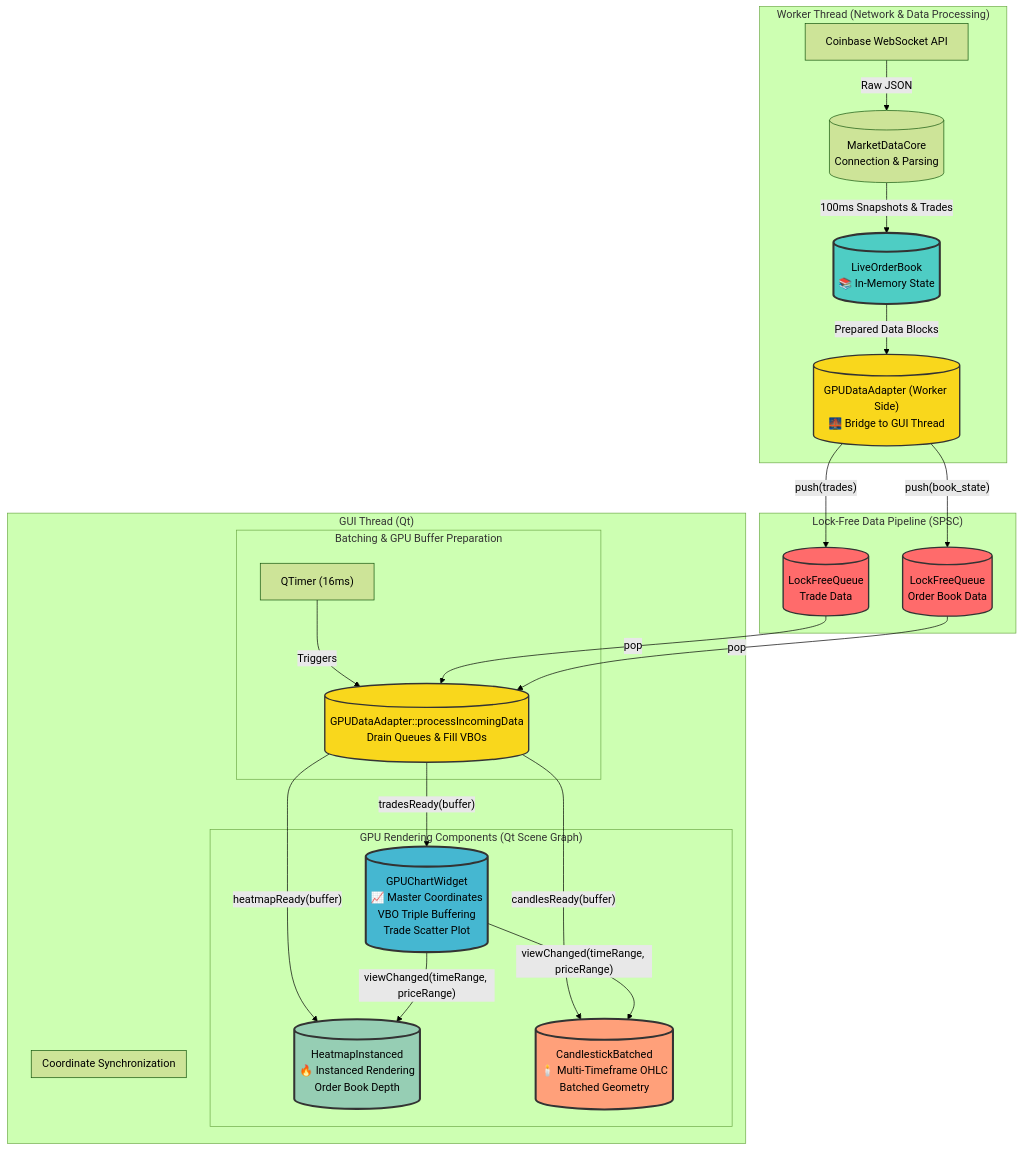
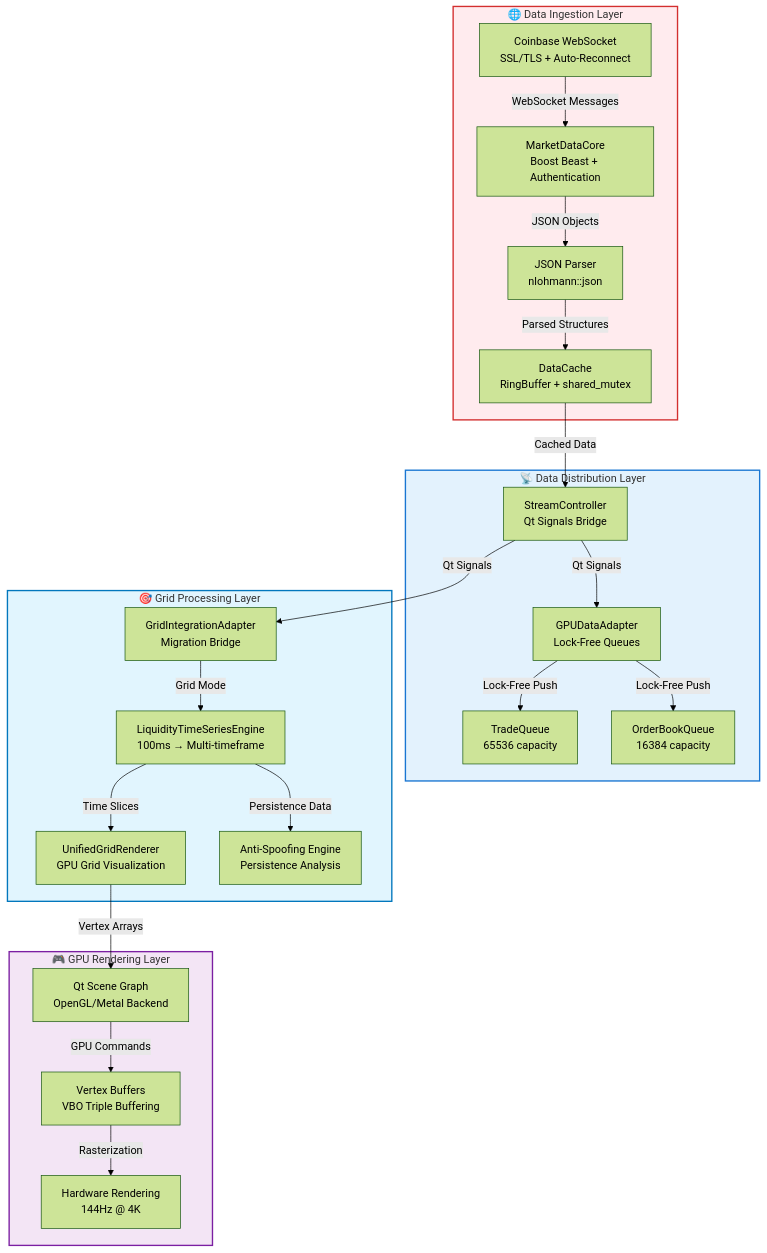
The diagram in docs/02_ARCHITECTURE.md (pattty847/Sentinel), drawn with Mermaid (forest theme) before and after one commit. The commit also changed other lines of this file and 74 other files, not shown here.

````diff
--- a/docs/02_ARCHITECTURE.md
+++ b/docs/02_ARCHITECTURE.md
@@ -46,45 +52,49 @@
 ```mermaid
 graph TD
-    subgraph "Worker Thread (Network & Data Processing)"
-        WS["Coinbase WebSocket API"] -->|Raw JSON| CORE[("MarketDataCore<br>Connection & Parsing")];
-        CORE -- "100ms Snapshots & Trades" --> LOB[("LiveOrderBook<br>📚 In-Memory State")];
-        LOB -- "Prepared Data Blocks" --> ADAPTER_WORKER[("GPUDataAdapter (Worker Side)<br>🌉 Bridge to GUI Thread")];
+    subgraph INGESTION["🌐 Data Ingestion Layer"]
+        A[Coinbase WebSocket<br/>SSL/TLS + Auto-Reconnect]
+        B[MarketDataCore<br/>Boost Beast + Authentication]
+        C[JSON Parser<br/>nlohmann::json]
+        D[DataCache<br/>RingBuffer + shared_mutex]
     end
-
-    subgraph "Lock-Free Data Pipeline (SPSC)"
-        ADAPTER_WORKER -- "push(trades)" --> TRADES_Q[("LockFreeQueue<br>Trade Data")];
-        ADAPTER_WORKER -- "push(book_state)" --> BOOK_Q[("LockFreeQueue<br>Order Book Data")];
+    
+    subgraph DISTRIBUTION["📡 Data Distribution Layer"]
+        E[StreamController<br/>Qt Signals Bridge]
+        F[GPUDataAdapter<br/>Lock-Free Queues]
+        G[TradeQueue<br/>65536 capacity]
+        H[OrderBookQueue<br/>16384 capacity]
     end
-
-    subgraph "GUI Thread (Qt)"
-        subgraph "Batching & GPU Buffer Preparation"
-            PROC_TIMER["QTimer (16ms)"] --> |Triggers| ADAPTER_GUI[("GPUDataAdapter::processIncomingData<br>Drain Queues & Fill VBOs")];
-            TRADES_Q --> |"pop"| ADAPTER_GUI;
-            BOOK_Q --> |"pop"| ADAPTER_GUI;
-        end
-
-        subgraph "GPU Rendering Components (Qt Scene Graph)"
-            GPU_CHART[("GPUChartWidget<br>📈 Master Coordinates<br>VBO Triple Buffering<br>Trade Scatter Plot")];
-            HEATMAP[("HeatmapInstanced<br>🔥 Instanced Rendering<br>Order Book Depth")];
-            CANDLES[("CandlestickBatched<br>🕯️ Multi-Timeframe OHLC<br>Batched Geometry")];
-        end
-
-        ADAPTER_GUI -- "tradesReady(buffer)" --> GPU_CHART;
-        ADAPTER_GUI -- "heatmapReady(buffer)" --> HEATMAP;
-        ADAPTER_GUI -- "candlesReady(buffer)" --> CANDLES;
-
-        subgraph "Coordinate Synchronization"
-            GPU_CHART -- "viewChanged(timeRange, priceRange)" --> HEATMAP;
-            GPU_CHART -- "viewChanged(timeRange, priceRange)" --> CANDLES;
-        end
+    
+    subgraph GRID["🎯 Grid Processing Layer"]
+        I[GridIntegrationAdapter<br/>Migration Bridge]
+        J[LiquidityTimeSeriesEngine<br/>100ms → Multi-timeframe]
+        K[UnifiedGridRenderer<br/>GPU Grid Visualization]
+        L[Anti-Spoofing Engine<br/>Persistence Analysis]
     end
-
-    style LOB fill:#4ECDC4,stroke:#333,stroke-width:3px
-    style ADAPTER_WORKER fill:#f9d71c,stroke:#333,stroke-width:2px
-    style ADAPTER_GUI fill:#f9d71c,stroke:#333,stroke-width:2px
-    style TRADES_Q fill:#FF6B6B,stroke:#333,stroke-width:2px
-    style BOOK_Q fill:#FF6B6B,stroke:#333,stroke-width:2px
-    style GPU_CHART fill:#45B7D1,stroke:#333,stroke-width:3px
-    style HEATMAP fill:#96CEB4,stroke:#333,stroke-width:3px
-    style CANDLES fill:#FFA07A,stroke:#333,stroke-width:3px
+    
+    subgraph GPU["🎮 GPU Rendering Layer"]
+        M[Qt Scene Graph<br/>OpenGL/Metal Backend]
+        N[Vertex Buffers<br/>VBO Triple Buffering]
+        O[Hardware Rendering<br/>144Hz @ 4K]
+    end
+    
+    A -->|WebSocket Messages| B
+    B -->|JSON Objects| C
+    C -->|Parsed Structures| D
+    D -->|Cached Data| E
+    E -->|Qt Signals| F
+    E -->|Qt Signals| I
+    F -->|Lock-Free Push| G
+    F -->|Lock-Free Push| H
+    I -->|Grid Mode| J
+    J -->|Time Slices| K
+    J -->|Persistence Data| L
+    K -->|Vertex Arrays| M
+    M -->|GPU Commands| N
+    N -->|Rasterization| O
+    
+    style INGESTION fill:#ffebee,stroke:#d32f2f,stroke-width:2px
+    style DISTRIBUTION fill:#e3f2fd,stroke:#1976d2,stroke-width:2px
+    style GRID fill:#e1f5fe,stroke:#0277bd,stroke-width:2px
+    style GPU fill:#f3e5f5,stroke:#7b1fa2,stroke-width:2px
 ```
````
